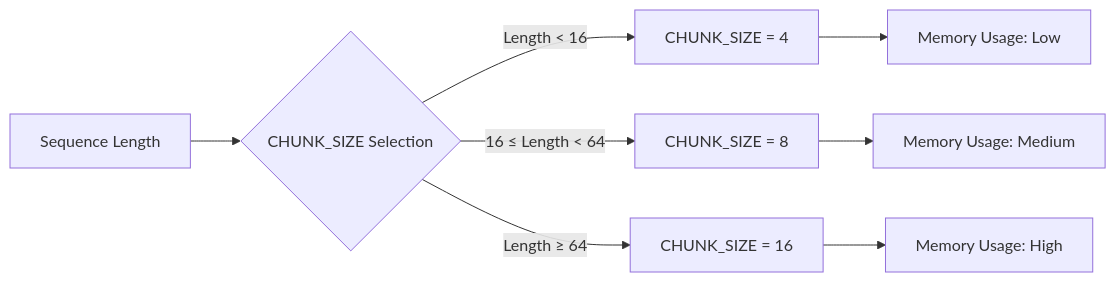
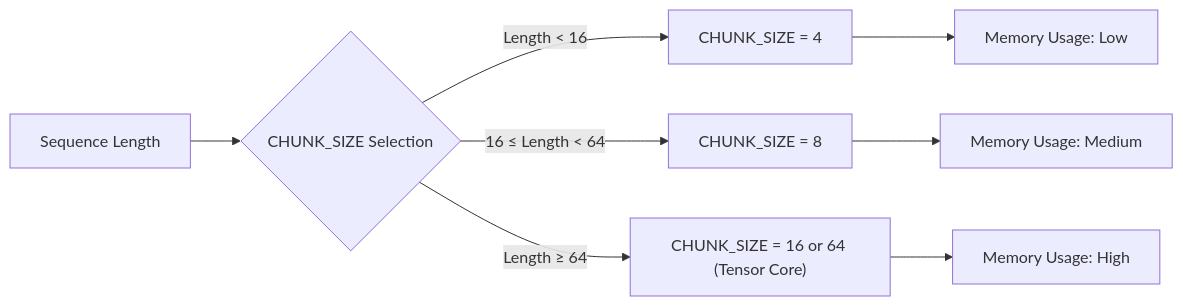
One commit to gugudeshubao/flashinfer-bench-tma-thrust changed the sixth of 6 diagrams in .qoder/repowiki/en/content/Core Kernels/GDN Prefill Kernel.md. Above: the diagram before and after it, drawn with Mermaid. The commit also changed other lines of this file and 4 other files, not shown here.

````diff
--- a/.qoder/repowiki/en/content/Core Kernels/GDN Prefill Kernel.md
+++ b/.qoder/repowiki/en/content/Core Kernels/GDN Prefill Kernel.md
@@ -461,10 +569,10 @@
 ```mermaid
 graph LR
 A["Sequence Length"] --> B{"CHUNK_SIZE Selection"}
 B --> |"Length < 16"| C["CHUNK_SIZE = 4"]
 B --> |"16 ≤ Length < 64"| D["CHUNK_SIZE = 8"]
-B --> |"Length ≥ 64"| E["CHUNK_SIZE = 16"]
+B --> |"Length ≥ 64"| E["CHUNK_SIZE = 16 or 64 (Tensor Core)"]
 C --> F["Memory Usage: Low"]
 D --> G["Memory Usage: Medium"]
 E --> H["Memory Usage: High"]
 ```
````
